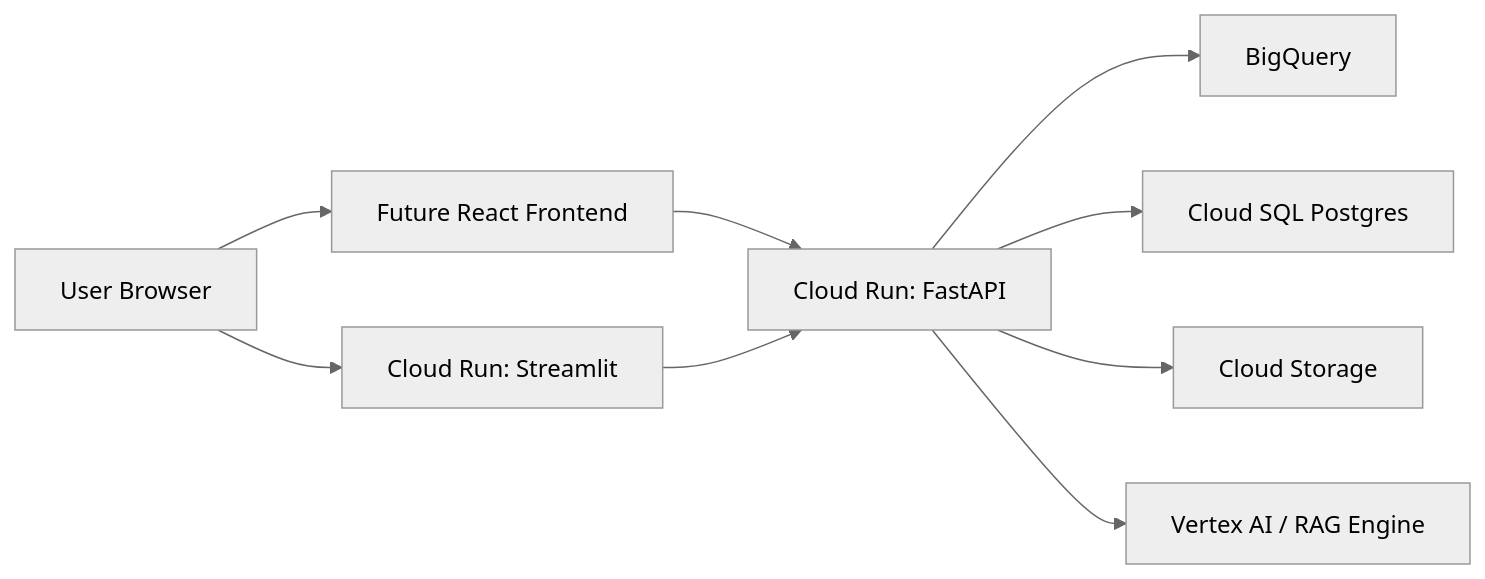
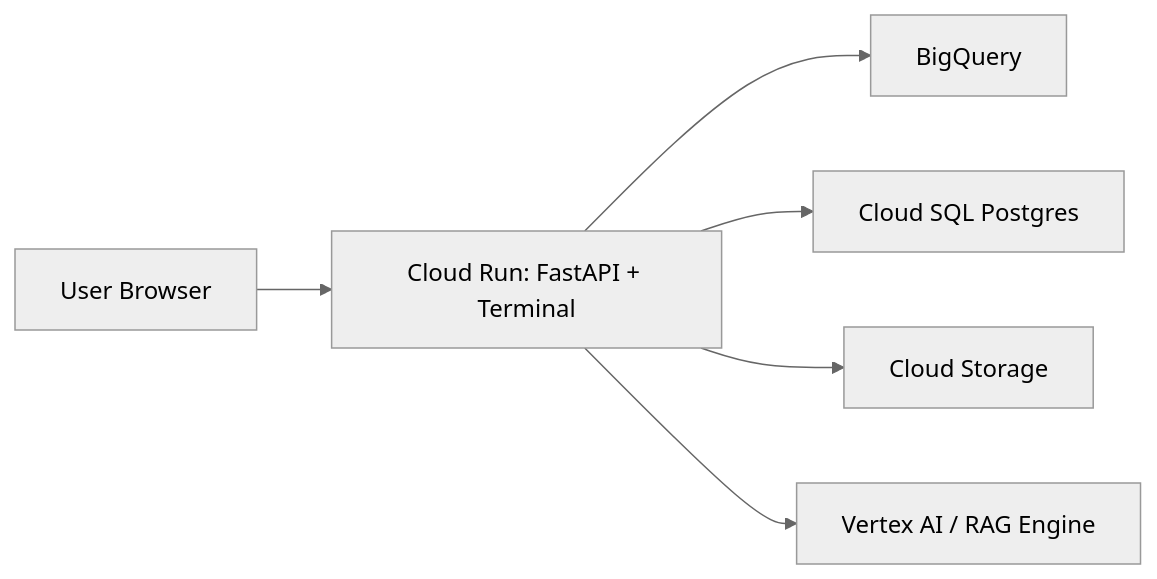
One commit to RaghhavMalani/finsight-alpha changed the diagram in infra/cloudrun_notes.md. Above: the diagram before and after it, drawn with Mermaid (neutral theme). The commit also changed other lines of this file and 18 other files, not shown here.

````diff
--- a/infra/cloudrun_notes.md
+++ b/infra/cloudrun_notes.md
@@ -10,11 +9,8 @@
 ```mermaid
 flowchart LR
-  user[User Browser] --> st[Cloud Run: Streamlit]
-  user --> reactFuture[Future React Frontend]
-  reactFuture --> api[Cloud Run: FastAPI]
-  st --> api
+  user[User Browser] --> api[Cloud Run: FastAPI + Terminal]
   api --> bq[BigQuery]
   api --> sql[Cloud SQL Postgres]
   api --> gcs[Cloud Storage]
   api --> vertex[Vertex AI / RAG Engine]
 ```
````
